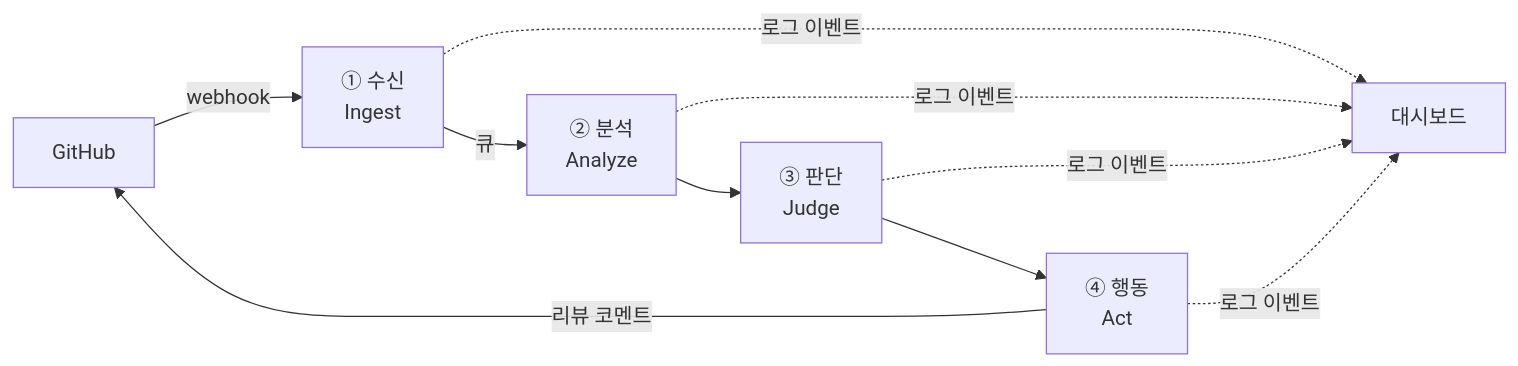
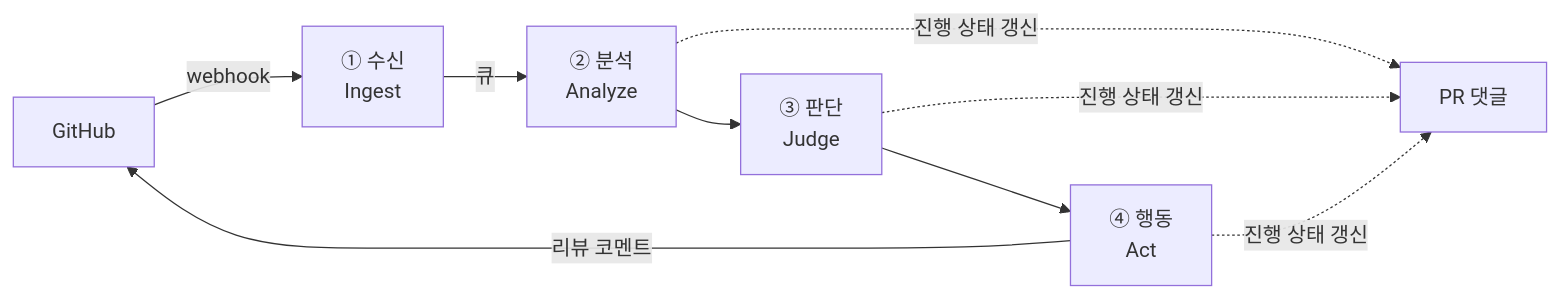
One commit to CO-DAY-TEAM/CO-DAY changed the diagram in README.md. Above: the diagram before and after it, drawn with Mermaid. The commit also changed other lines of this file and 62 other files, not shown here.

````diff
--- a/README.md
+++ b/README.md
@@ -19,9 +19,9 @@
 ```mermaid
 flowchart LR
     GH[GitHub] -- webhook --> I[① 수신<br/>Ingest]
     I -- 큐 --> A[② 분석<br/>Analyze]
     A --> J[③ 판단<br/>Judge]
     J --> T[④ 행동<br/>Act]
     T -- 리뷰 코멘트 --> GH
-    I & A & J & T -. 로그 이벤트 .-> D[대시보드]
+    A & J & T -. 진행 상태 갱신 .-> D[PR 댓글]
 ```
````
